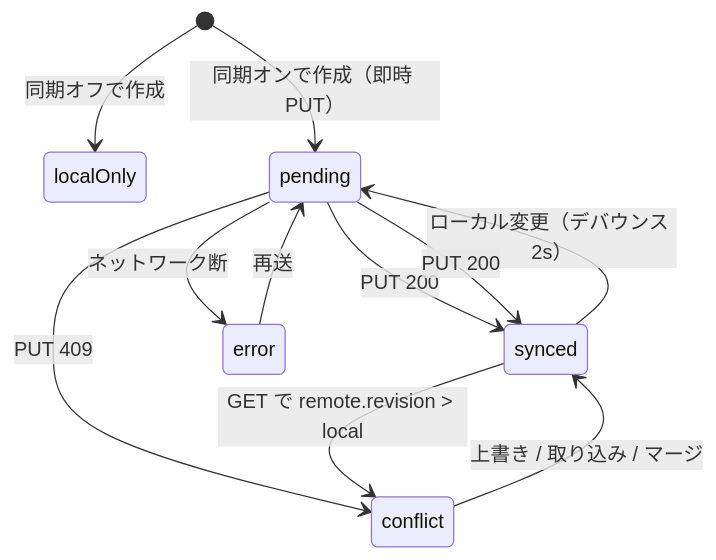
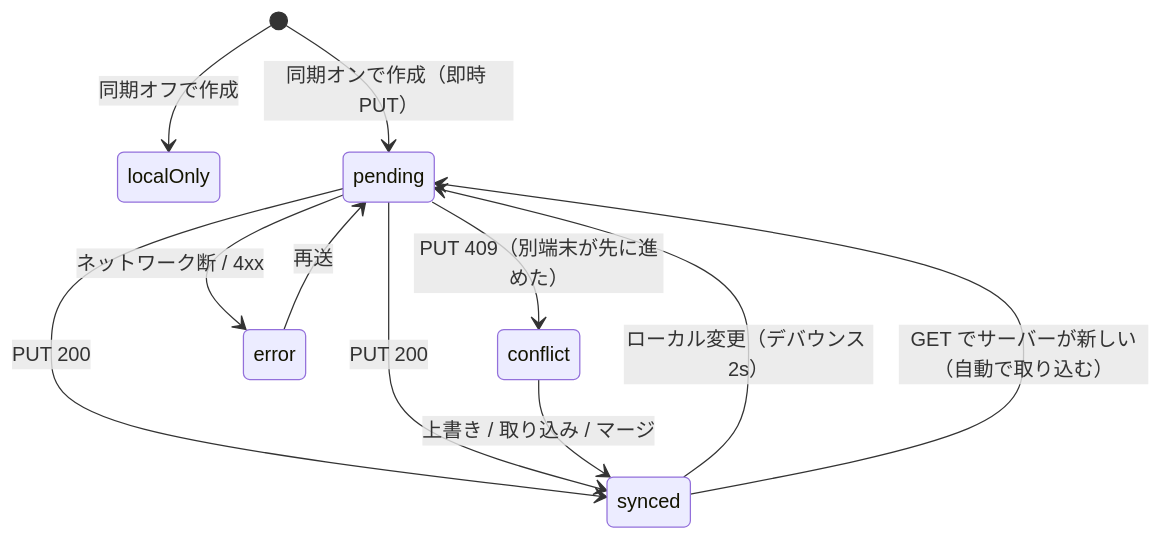
Before and after one commit to yuushi-labs/aegis-2fa: the third of 4 diagrams in docs/ARCHITECTURE.md, drawn with Mermaid. The commit also changed other lines of this file and 24 other files, not shown here.

First line of the commit message:
fix(sync): 未送信の変更が無いときは PUT せず取り込む（http_400 revision_must_advance の修正）

````diff
--- a/docs/ARCHITECTURE.md
+++ b/docs/ARCHITECTURE.md
@@ -80,13 +80,13 @@
 ```mermaid
 stateDiagram-v2
   [*] --> localOnly: 同期オフで作成
   [*] --> pending: 同期オンで作成（即時 PUT）
   pending --> synced: PUT 200
   synced --> pending: ローカル変更（デバウンス 2s）
   pending --> synced: PUT 200
-  pending --> conflict: PUT 409
-  synced --> conflict: GET で remote.revision > local
+  pending --> conflict: PUT 409（別端末が先に進めた）
   conflict --> synced: 上書き / 取り込み / マージ
-  pending --> error: ネットワーク断
+  synced --> pending: GET でサーバーが新しい（自動で取り込む）
+  pending --> error: ネットワーク断 / 4xx
   error --> pending: 再送
 ```
````
